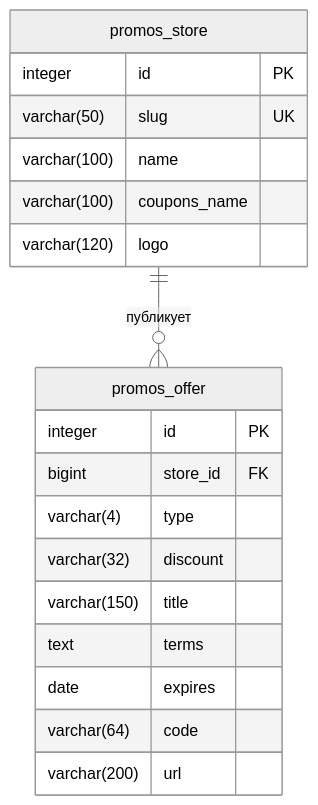
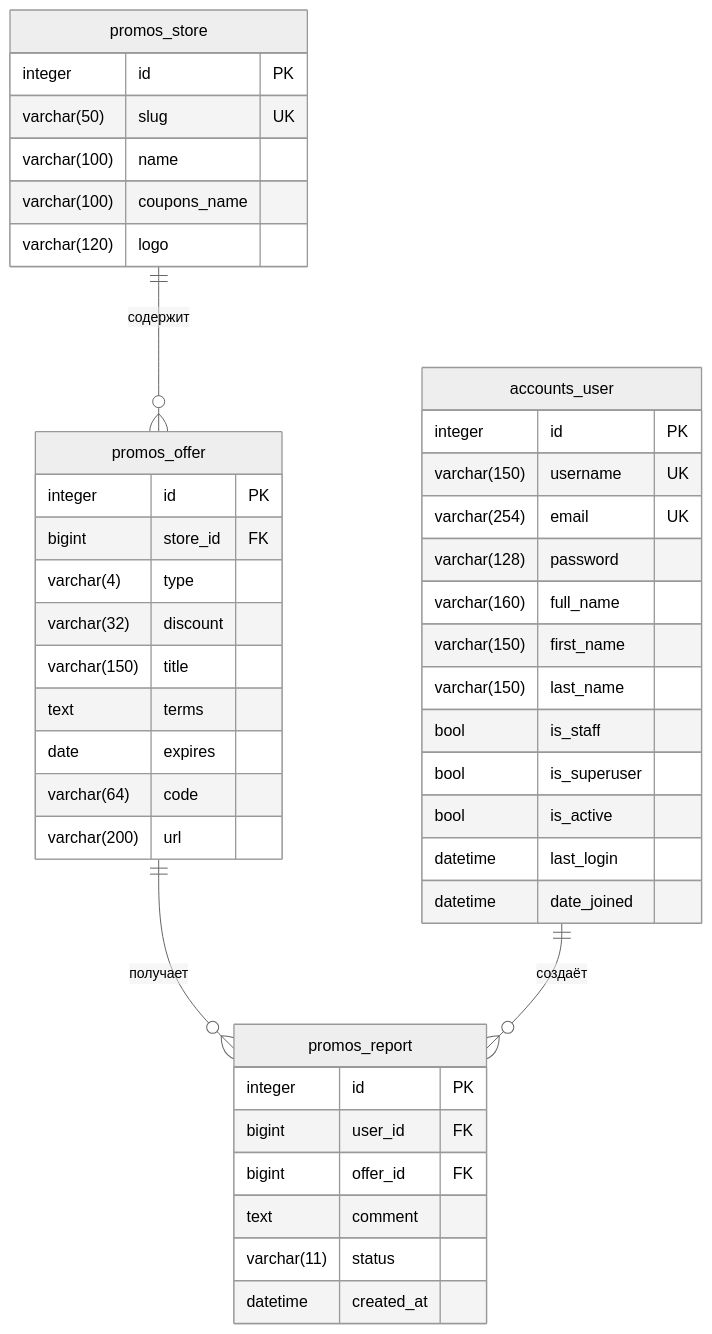
Before and after one commit to VhagarEx/vsepromocodes: the diagram in docs/er-diagram.md, drawn with Mermaid (neutral theme). The commit also changed other lines of this file and 3 other files, not shown here.

````diff
--- a/docs/er-diagram.md
+++ b/docs/er-diagram.md
@@ -3,24 +3,50 @@
 ```mermaid
 erDiagram
-    promos_store ||--o{ promos_offer : "публикует"
+    promos_store ||--o{ promos_offer : "содержит"
+    promos_offer ||--o{ promos_report : "получает"
+    accounts_user ||--o{ promos_report : "создаёт"
+
+    accounts_user {
+        integer id PK
+        varchar(150) username UK
+        varchar(254) email UK
+        varchar(128) password
+        varchar(160) full_name
+        varchar(150) first_name
+        varchar(150) last_name
+        bool is_staff
+        bool is_superuser
+        bool is_active
+        datetime last_login
+        datetime date_joined
+    }
 
     promos_store {
         integer id PK
         varchar(50) slug UK
         varchar(100) name
         varchar(100) coupons_name
         varchar(120) logo
     }
 
     promos_offer {
         integer id PK
         bigint store_id FK
         varchar(4) type
         varchar(32) discount
         varchar(150) title
         text terms
         date expires
         varchar(64) code
         varchar(200) url
     }
+
+    promos_report {
+        integer id PK
+        bigint user_id FK
+        bigint offer_id FK
+        text comment
+        varchar(11) status
+        datetime created_at
+    }
 ```
````
